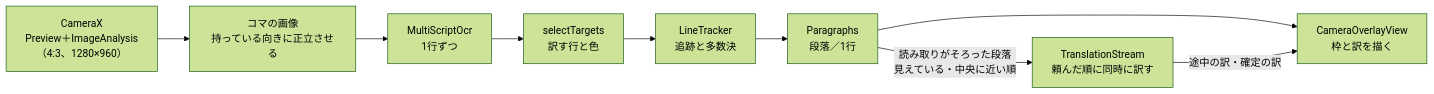
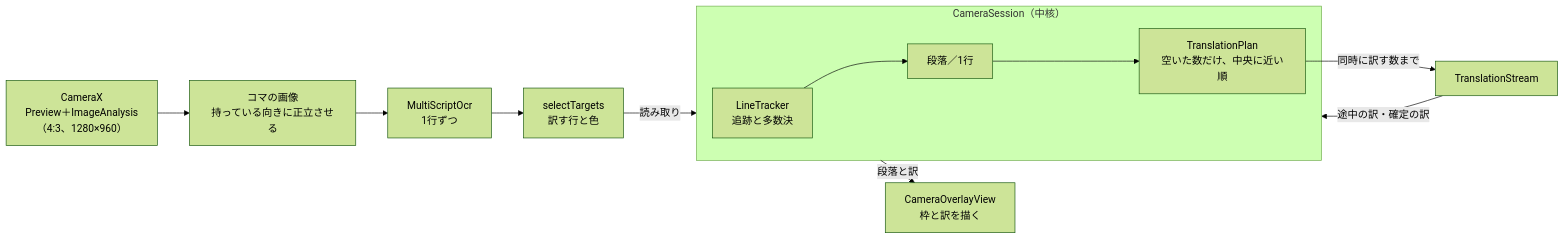
The diagram in docs/設計/カメラ翻訳.md (kagerouttepaso/PlamoTranslate), drawn with Mermaid (forest theme) before and after one commit. The commit also changed other lines of this file and 16 other files, not shown here.

````diff
--- a/docs/設計/カメラ翻訳.md
+++ b/docs/設計/カメラ翻訳.md
@@ -42,11 +44,13 @@
 ```mermaid
 flowchart LR
   CAM["CameraX<br>Preview＋ImageAnalysis<br>（4:3、1280×960）"] --> BMP["コマの画像<br>持っている向きに正立させる"]
   BMP --> OCR["MultiScriptOcr<br>1行ずつ"]
   OCR --> SEL["selectTargets<br>訳す行と色"]
-  SEL --> TR["LineTracker<br>追跡と多数決"]
-  TR --> PAR["Paragraphs<br>段落／1行"]
-  PAR -- "読み取りがそろった段落<br>見えている・中央に近い順" --> TS["TranslationStream<br>頼んだ順に同時に訳す"]
-  PAR --> OV["CameraOverlayView<br>枠と訳を描く"]
-  TS -- "途中の訳・確定の訳" --> OV
+  SEL -- "読み取り" --> CS
+  subgraph CS["CameraSession（中核）"]
+    TR["LineTracker<br>追跡と多数決"] --> PAR["段落／1行"] --> PLAN["TranslationPlan<br>空いた数だけ、中央に近い順"]
+  end
+  PLAN -- "同時に訳す数まで" --> TS["TranslationStream"]
+  TS -- "途中の訳・確定の訳" --> CS
+  CS -- "段落と訳" --> OV["CameraOverlayView<br>枠と訳を描く"]
 ```
````
